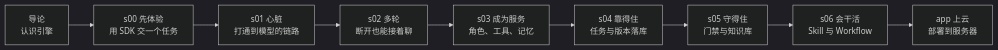
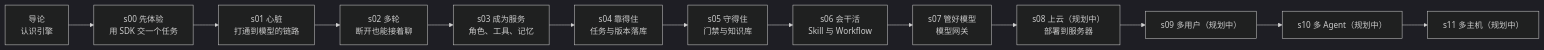
The diagram in stages/introduction.md (pengcong2020520/learn-codex-harness), drawn with Mermaid (dark theme) before and after one commit. The commit also changed other lines of this file and 176 other files, not shown here.

````diff
--- a/stages/introduction.md
+++ b/stages/introduction.md
@@ -217,11 +226,15 @@
 ```mermaid
 flowchart LR
   intro["导论<br/>认识引擎"] --> s00["s00 先体验<br/>用 SDK 交一个任务"]
   s00 --> s01["s01 心脏<br/>打通到模型的链路"]
   s01 --> s02["s02 多轮<br/>断开也能接着聊"]
   s02 --> s03["s03 成为服务<br/>角色、工具、记忆"]
   s03 --> s04["s04 靠得住<br/>任务与版本落库"]
   s04 --> s05["s05 守得住<br/>门禁与知识库"]
   s05 --> s06["s06 会干活<br/>Skill 与 Workflow"]
-  s06 --> app["app 上云<br/>部署到服务器"]
+  s06 --> s07["s07 管好模型<br/>模型网关"]
+  s07 --> s08["s08 上云（规划中）<br/>部署到服务器"]
+  s08 --> s09["s09 多用户（规划中）"]
+  s09 --> s10["s10 多 Agent（规划中）"]
+  s10 --> s11["s11 多主机（规划中）"]
 ```
````
